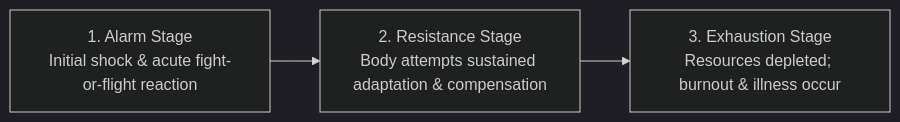
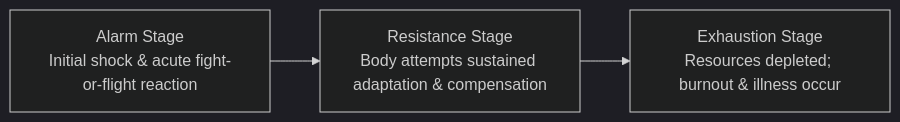
Before and after one commit to aidocmr/learn-bscs: the third of 5 diagrams in content/Year 1/Understanding the Self/15. Managing Stress and Taking Care of the Self.md, drawn with Mermaid (dark theme). The commit also changed other lines of this file and 20 other files, not shown here.

First line of the commit message:
fix: Remove markdown lists and numbered prefixes from all Mermaid diagrams

````diff
--- a/content/Year 1/Understanding the Self/15. Managing Stress and Taking Care of the Self.md
+++ b/content/Year 1/Understanding the Self/15. Managing Stress and Taking Care of the Self.md
@@ -47,5 +47,5 @@
 ```mermaid
 flowchart LR
-    S1["1. Alarm Stage<br/>Initial shock & acute fight-or-flight reaction"] --> S2["2. Resistance Stage<br/>Body attempts sustained adaptation & compensation"]
-    S2 --> S3["3. Exhaustion Stage<br/>Resources depleted; burnout & illness occur"]
+    S1["Alarm Stage<br/>Initial shock & acute fight-or-flight reaction"] --> S2["Resistance Stage<br/>Body attempts sustained adaptation & compensation"]
+    S2 --> S3["Exhaustion Stage<br/>Resources depleted; burnout & illness occur"]
 ```
````
